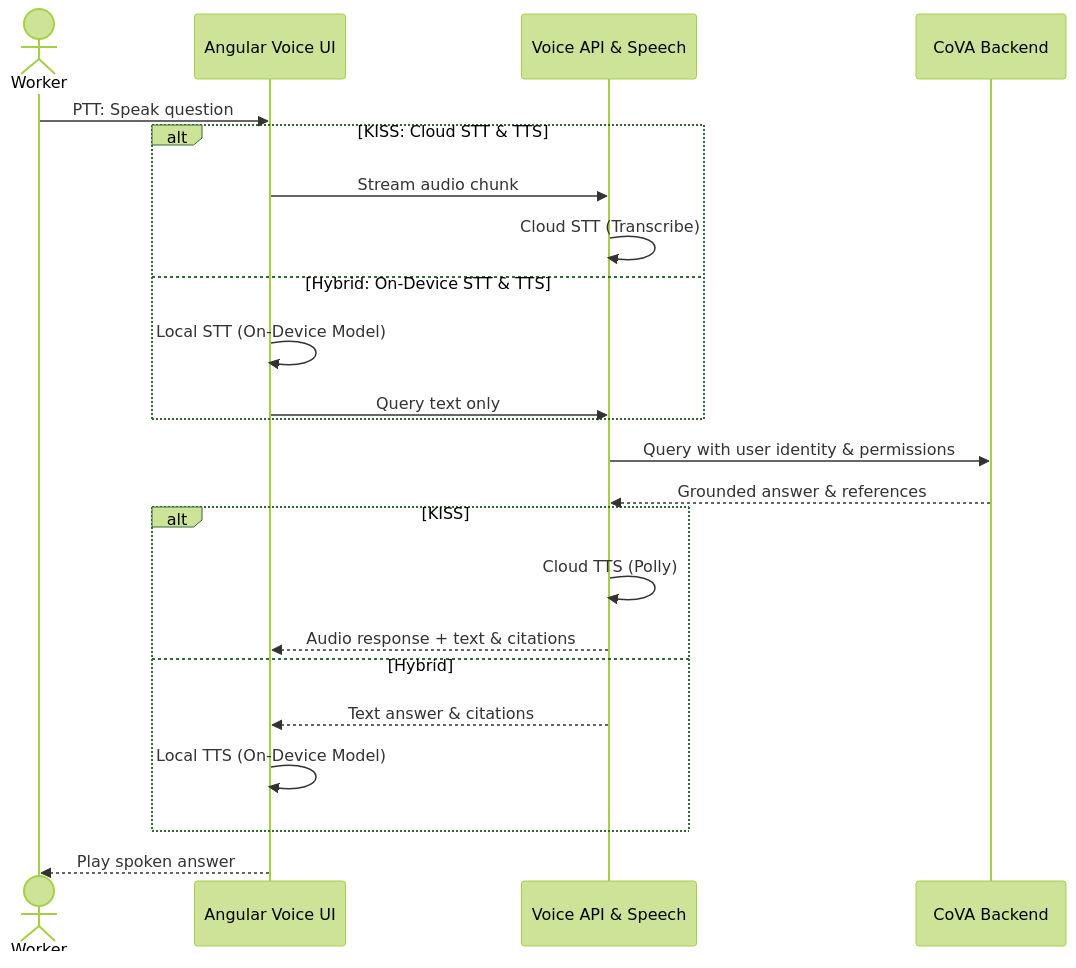
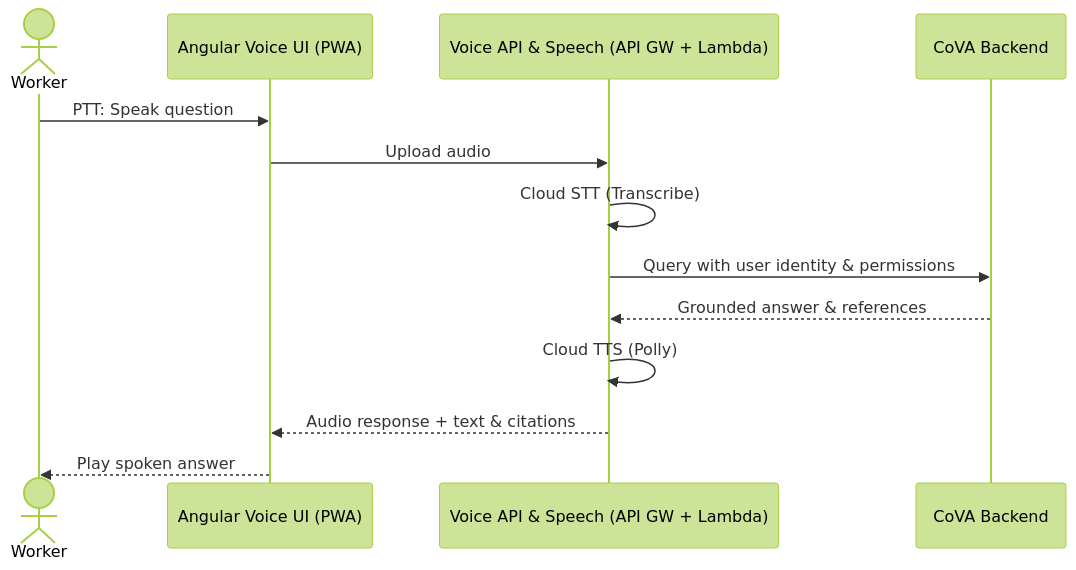
One commit to slangenbach/chemtalk changed the first of 3 diagrams in presentation.qmd. Above: the diagram before and after it, drawn with Mermaid (forest theme). The commit also changed other lines of this file and 1 other file, not shown here.

````diff
--- a/presentation.qmd
+++ b/presentation.qmd
@@ -209,28 +207,18 @@
 ```{mermaid}
 %%| fig-align: center
 %%{init: {'sequence': {'useMaxWidth': true, 'diagramMarginY': 4, 'messageMargin': 14, 'boxMargin': 4}}}%%
 sequenceDiagram
     actor Worker
-    participant UI as Angular Voice UI
-    participant Bridge as Voice API & Speech
+    participant UI as Angular Voice UI (PWA)
+    participant Bridge as Voice API & Speech (API GW + Lambda)
     participant CoVA as CoVA Backend
 
     Worker->>UI: PTT: Speak question
-    alt KISS: Cloud STT & TTS
-        UI->>Bridge: Stream audio chunk
-        Bridge->>Bridge: Cloud STT (Transcribe)
-    else Hybrid: On-Device STT & TTS
-        UI->>UI: Local STT (On-Device Model)
-        UI->>Bridge: Query text only
-    end
+    UI->>Bridge: Upload audio
+    Bridge->>Bridge: Cloud STT (Transcribe)
     Bridge->>CoVA: Query with user identity & permissions
     CoVA-->>Bridge: Grounded answer & references
-    alt KISS
-        Bridge->>Bridge: Cloud TTS (Polly)
-        Bridge-->>UI: Audio response + text & citations
-    else Hybrid
-        Bridge-->>UI: Text answer & citations
-        UI->>UI: Local TTS (On-Device Model)
-    end
+    Bridge->>Bridge: Cloud TTS (Polly)
+    Bridge-->>UI: Audio response + text & citations
     UI-->>Worker: Play spoken answer
 ```
````
